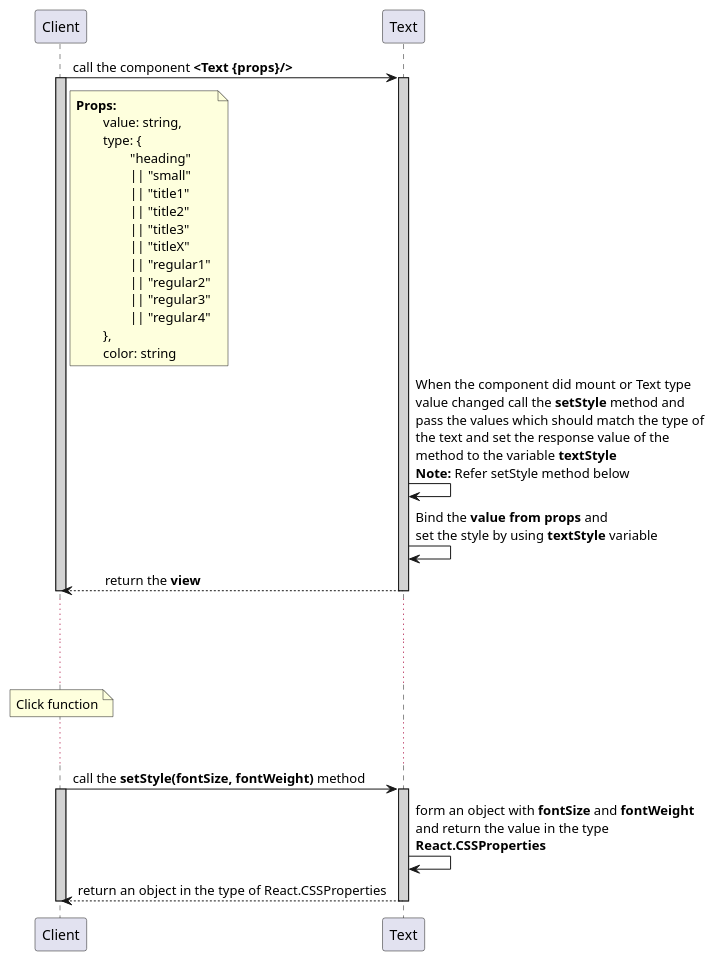
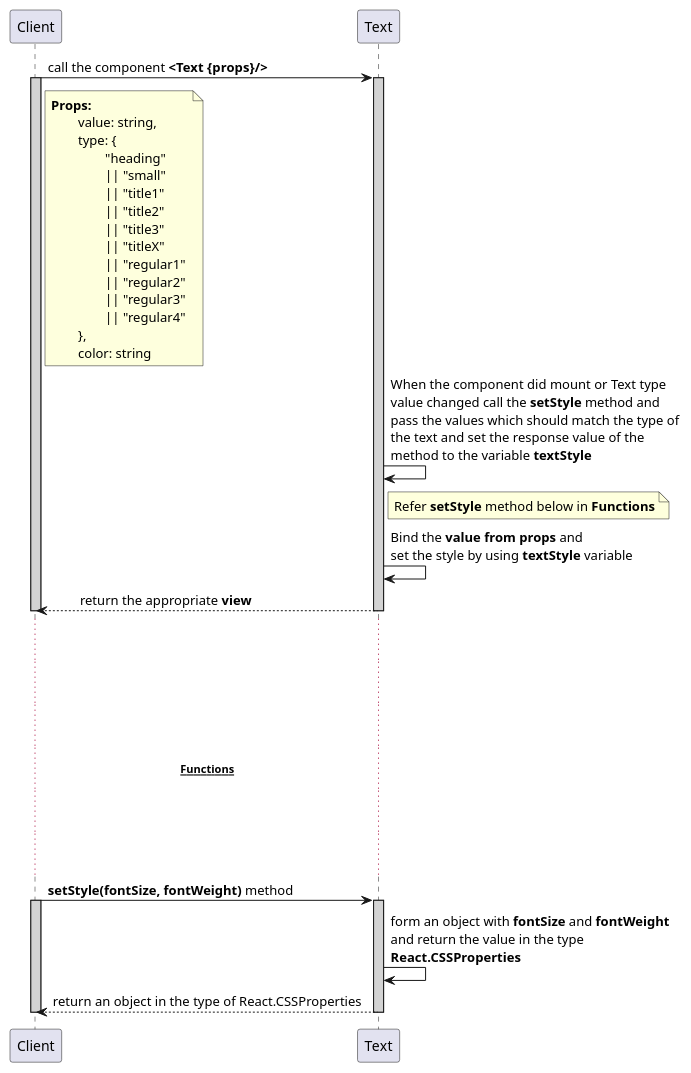
The diagram in frontend/components/text/text.sequence.puml (avasoft-mobility/workday-design), drawn with PlantUML before and after one commit.

Commit message:
Change refer messages to note and Modify topic name and styles

```diff
--- a/frontend/components/text/text.sequence.puml
+++ b/frontend/components/text/text.sequence.puml
@@ -1,32 +1,35 @@
 @startuml Text
 participant Client
 participant Text
 
 Client -> Text : call the component **<Text {props}/>**
 activate Client #D3D3D3
 activate Text #D3D3D3
 
 note right of Client:**Props:** \n\tvalue: string, \n\ttype: {\n\t\t"heading" \n\t\t|| "small" \n\t\t|| "title1" \n\t\t|| "title2" \n\t\t|| "title3" \n\t\t|| "titleX" \n\t\t|| "regular1" \n\t\t|| "regular2" \n\t\t|| "regular3" \n\t\t|| "regular4" \n\t}, \n\tcolor: string
-Text -> Text: When the component did mount or Text type \nvalue changed call the **setStyle** method and \npass the values which should match the type of \nthe text and set the response value of the \nmethod to the variable **textStyle** \n**Note:** Refer setStyle method below
+Text -> Text: When the component did mount or Text type \nvalue changed call the **setStyle** method and \npass the values which should match the type of \nthe text and set the response value of the \nmethod to the variable **textStyle**
+note right of Text: Refer **setStyle** method below in **Functions**
 
 Text -> Text : Bind the **value from props** and \nset the style by using **textStyle** variable
 
-Client <-- Text : \treturn the **view**
+Client <-- Text : \treturn the appropriate **view**
 deactivate Text
 deactivate Client
 
 ... ...
 ... ...
-note over Client: Click function
+... ...
+...~~**Functions**~~...
+... ...
 ... ...
 
-Client -> Text: call the **setStyle(fontSize, fontWeight)** method
+Client -> Text: **setStyle(fontSize, fontWeight)** method
 activate Client #D3D3D3
 activate Text #D3D3D3
 Text -> Text : form an object with **fontSize** and **fontWeight** \nand return the value in the type \n**React.CSSProperties**
 Client <-- Text : return an object in the type of React.CSSProperties
 deactivate Text
 
 deactivate Client
 
 @enduml
```
